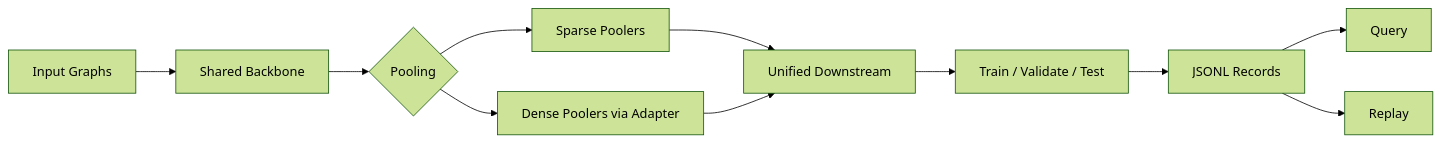
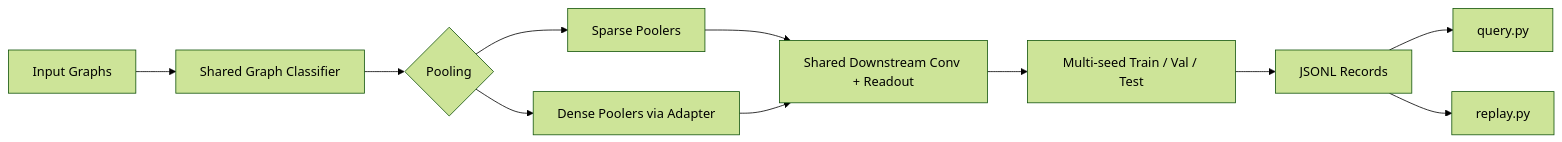
One commit to ChenYizhu97/GPLab changed the diagram in README.md. Above: the diagram before and after it, drawn with Mermaid (forest theme). The commit also changed other lines of this file, not shown here.

````diff
--- a/README.md
+++ b/README.md
@@ -7,13 +7,13 @@
 ```mermaid
 flowchart LR
-    A["Input Graphs"] --> B["Shared Backbone"]
+    A["Input Graphs"] --> B["Shared Graph Classifier"]
     B --> C{"Pooling"}
     C --> D["Sparse Poolers"]
     C --> E["Dense Poolers via Adapter"]
-    D --> F["Unified Downstream"]
+    D --> F["Shared Downstream Conv + Readout"]
     E --> F
-    F --> G["Train / Validate / Test"]
+    F --> G["Multi-seed Train / Val / Test"]
     G --> H["JSONL Records"]
-    H --> I["Query"]
-    H --> J["Replay"]
+    H --> I["query.py"]
+    H --> J["replay.py"]
 ```
````
